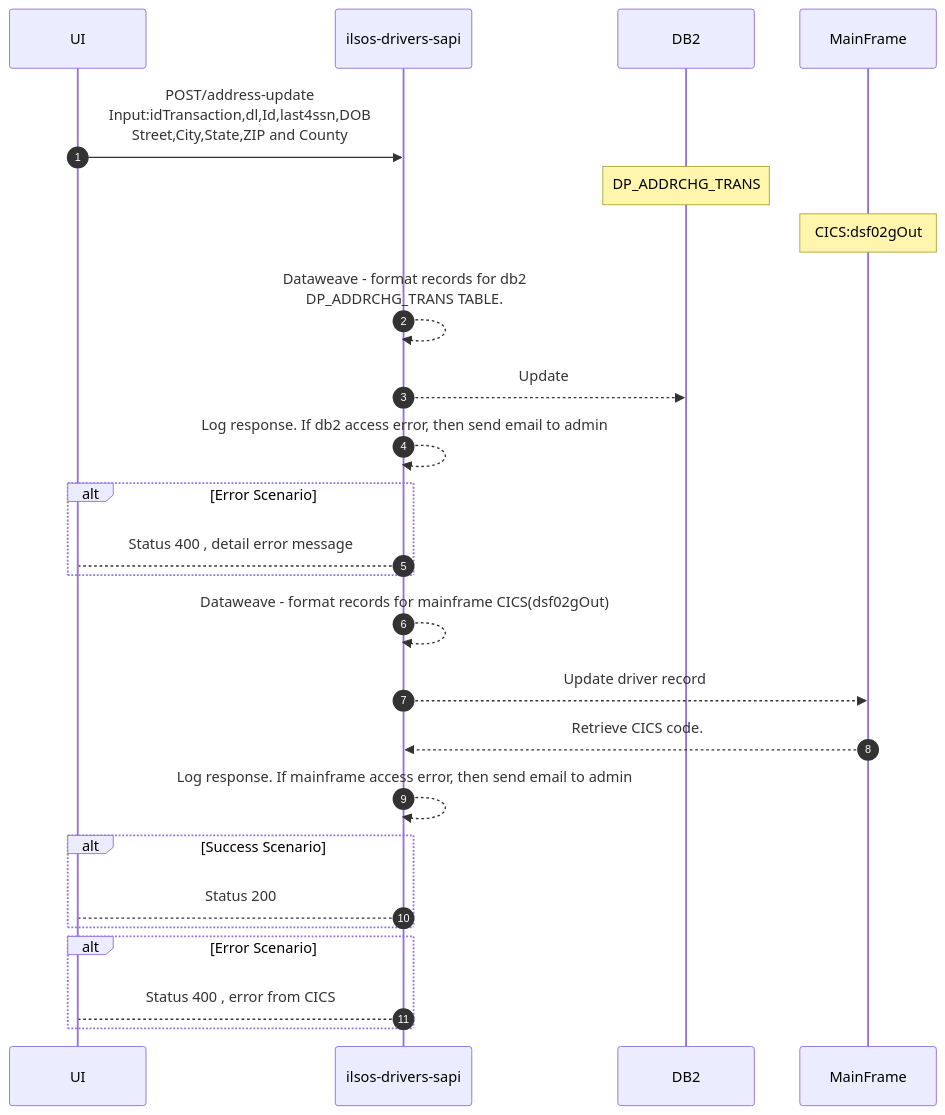
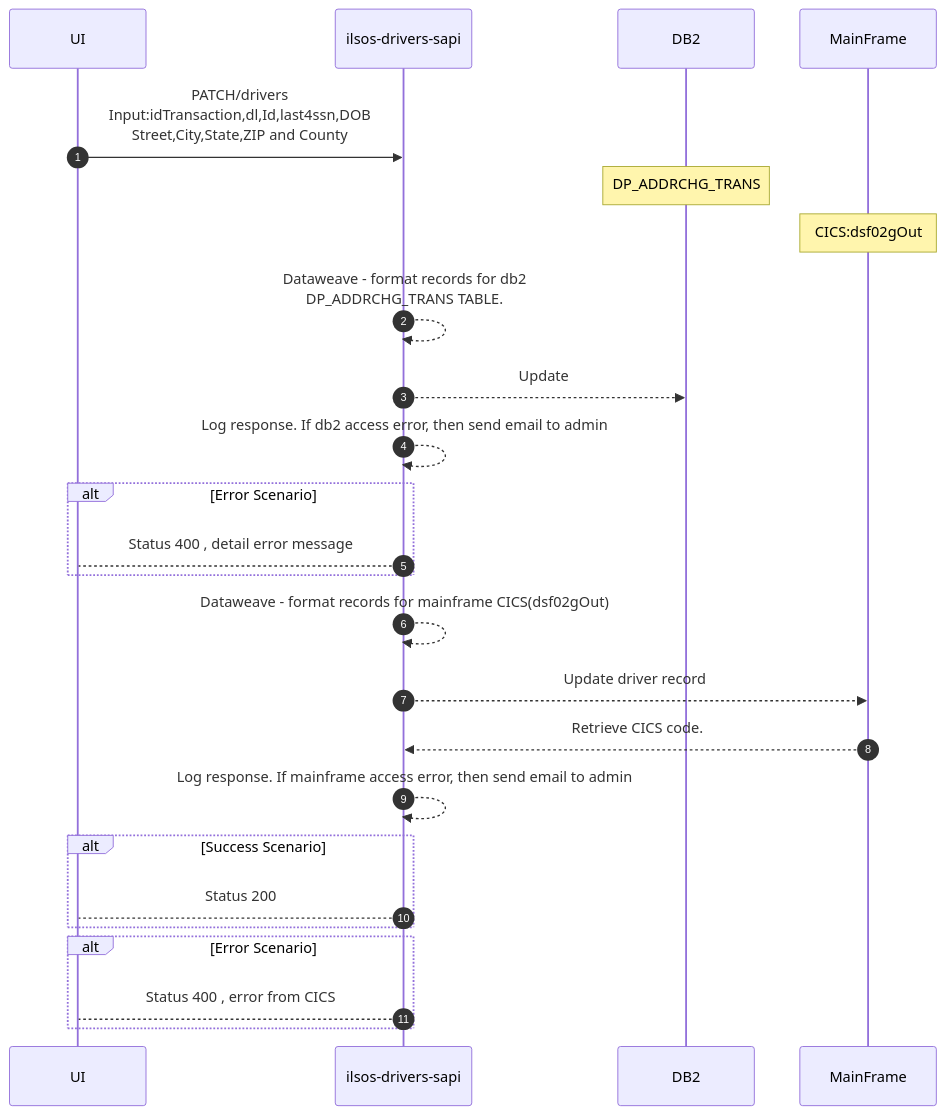
Before and after one commit to acme-devs/ilsos-drivers-sapi: the first of 4 diagrams in README.md, drawn with Mermaid. The commit also changed other lines of this file, not shown here.

````diff
--- a/README.md
+++ b/README.md
@@ -33,28 +33,28 @@
 ```mermaid
 sequenceDiagram
     autonumber
     participant ui as UI
     participant api as ilsos-drivers-sapi
     participant db2 as DB2
     participant mainframe as MainFrame
 
-    ui->>api:POST/address-update <br>Input:idTransaction,dl,Id,last4ssn,DOB<br>Street,City,State,ZIP and County
+    ui->>api:PATCH/drivers <br>Input:idTransaction,dl,Id,last4ssn,DOB<br>Street,City,State,ZIP and County
     note over db2:DP_ADDRCHG_TRANS
     note over mainframe:CICS:dsf02gOut
     api-->>api:Dataweave - format records for db2<BR> DP_ADDRCHG_TRANS TABLE.
     api-->>db2:Update
     api-->>api:Log response. If db2 access error, then send email to admin
     alt Error Scenario 
         api-->ui: Status 400 , detail error message
     end
     api-->>api:Dataweave - format records for mainframe CICS(dsf02gOut)
     api-->>mainframe:Update driver record
     mainframe-->>api:Retrieve CICS code.
     api-->>api:Log response. If mainframe access error, then send email to admin
     alt Success Scenario 
         api-->ui: Status 200 
     end
     alt Error Scenario 
         api-->ui: Status 400 , error from CICS
     end
   ```
````
